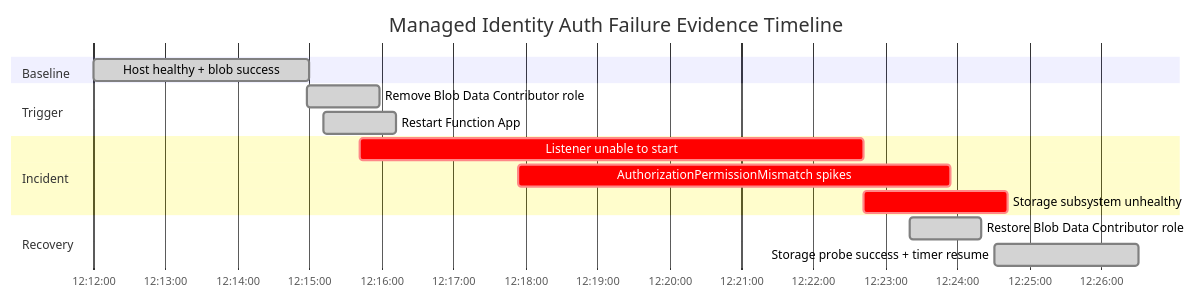
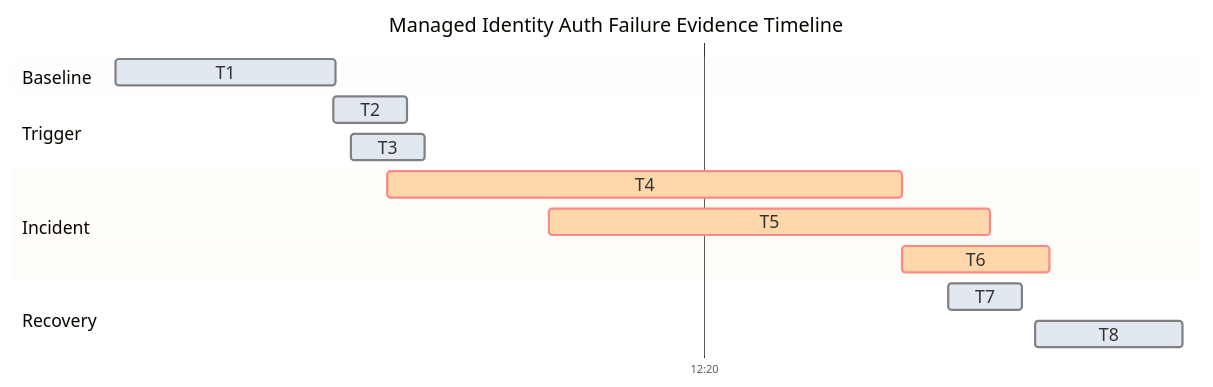
One commit to yeongseon/azure-functions-practical-guide changed the fifth of 5 diagrams in docs/troubleshooting/lab-guides/managed-identity-auth.md. Above: the diagram before and after it, drawn with Mermaid. The commit also changed other lines of this file and 1 other file, not shown here.

First line of the commit message:
docs(diagrams): migrate Functions lab storage network auth — managed identity auth (#451)

````diff
--- a/docs/troubleshooting/lab-guides/managed-identity-auth.md
+++ b/docs/troubleshooting/lab-guides/managed-identity-auth.md
@@ -894,22 +952,26 @@
 ```mermaid
+%%{init: {"gantt":{"fontSize":16,"sectionFontSize":16,"leftPadding":95,"rightPadding":35,"barHeight":24,"barGap":10},"theme":"base","themeVariables":{"doneTaskBkgColor":"#e2e8f0","critBkgColor":"#fed7aa","taskBkgColor":"#e2e8f0"},"themeCSS":".grid .tick text{font-size:16px;fill:var(--md-default-fg-color);} .section{opacity:0;} .titleText{font-size:14px;fill:var(--md-default-fg-color);} .sectionTitle{fill:var(--md-default-fg-color);} .taskTextOutsideLeft,.taskTextOutsideRight{fill:var(--md-default-fg-color)!important;} .taskText{fill:#14202e!important;}"}}%%
 gantt
+    accTitle: Managed identity lab historical evidence timeline
+    accDescr: Eight original periods across Baseline, Trigger, Incident and Recovery, with unchanged dates and durations. T1 to T8 expand in the adjacent key; rendering does not recertify historical evidence.
     title Managed Identity Auth Failure Evidence Timeline
     dateFormat  YYYY-MM-DD HH:mm:ss
-    axisFormat  %H:%M:%S
+    axisFormat  %H:%M
+    tickInterval 10minute
 
     section Baseline
-    Host healthy + blob success               :done, b1, 2026-04-04 12:12:00, 3m
+    T1 :done, b1, 2026-04-04 12:12:00, 3m
 
     section Trigger
-    Remove Blob Data Contributor role         :done, t1, 2026-04-04 12:14:58, 1m
-    Restart Function App                      :done, t2, 2026-04-04 12:15:12, 1m
+    T2 :done, t1, 2026-04-04 12:14:58, 1m
+    T3 :done, t2, 2026-04-04 12:15:12, 1m
 
     section Incident
-    Listener unable to start                  :crit, i1, 2026-04-04 12:15:42, 7m
-    AuthorizationPermissionMismatch spikes    :crit, i2, 2026-04-04 12:17:54, 6m
-    Storage subsystem unhealthy               :crit, i3, 2026-04-04 12:22:42, 2m
+    T4 :crit, i1, 2026-04-04 12:15:42, 7m
+    T5 :crit, i2, 2026-04-04 12:17:54, 6m
+    T6 :crit, i3, 2026-04-04 12:22:42, 2m
 
     section Recovery
-    Restore Blob Data Contributor role        :done, r1, 2026-04-04 12:23:20, 1m
-    Storage probe success + timer resume      :done, r2, 2026-04-04 12:24:31, 2m
+    T7 :done, r1, 2026-04-04 12:23:20, 1m
+    T8 :done, r2, 2026-04-04 12:24:31, 2m
 ```
````
